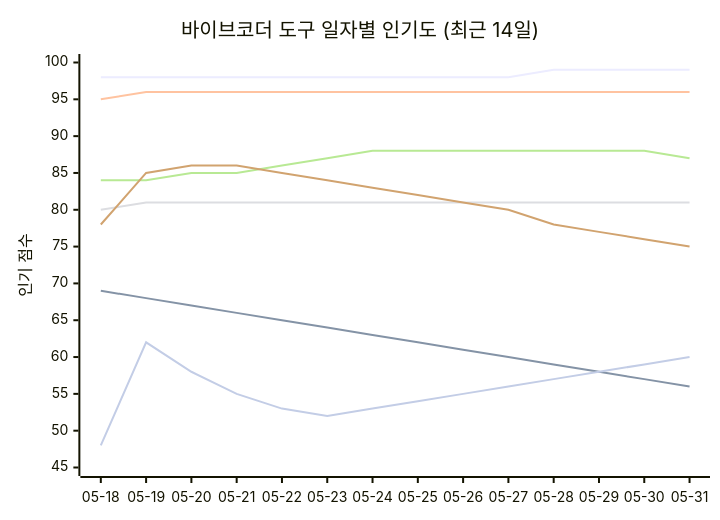
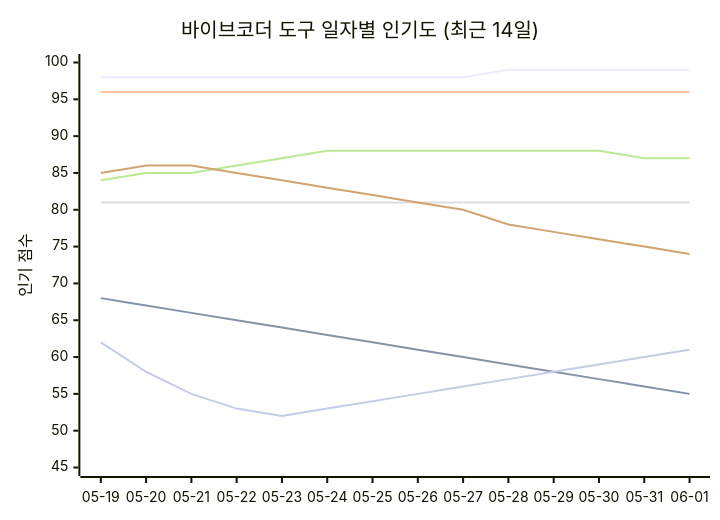
Before and after one commit to tykimos/ai-whatchelin: the seventh of 11 diagrams in README_ko.md, drawn with Mermaid. The commit also changed other lines of this file and 4 other files, not shown here.

````diff
--- a/README_ko.md
+++ b/README_ko.md
@@ -1196,13 +1217,13 @@
 ```mermaid
 xychart-beta
     title "바이브코더 도구 일자별 인기도 (최근 14일)"
-    x-axis ["05-18", "05-19", "05-20", "05-21", "05-22", "05-23", "05-24", "05-25", "05-26", "05-27", "05-28", "05-29", "05-30", "05-31"]
+    x-axis ["05-19", "05-20", "05-21", "05-22", "05-23", "05-24", "05-25", "05-26", "05-27", "05-28", "05-29", "05-30", "05-31", "06-01"]
     y-axis "인기 점수" 45 --> 100
-    line "Claude Code" [98, 98, 98, 98, 98, 98, 98, 98, 98, 98, 99, 99, 99, 99]
-    line "GH Copilot" [69, 68, 67, 66, 65, 64, 63, 62, 61, 60, 59, 58, 57, 56]
-    line "Cursor" [95, 96, 96, 96, 96, 96, 96, 96, 96, 96, 96, 96, 96, 96]
-    line "Windsurf" [80, 81, 81, 81, 81, 81, 81, 81, 81, 81, 81, 81, 81, 81]
-    line "Codex CLI" [84, 84, 85, 85, 86, 87, 88, 88, 88, 88, 88, 88, 88, 87]
-    line "Gemini CLI" [78, 85, 86, 86, 85, 84, 83, 82, 81, 80, 78, 77, 76, 75]
-    line "Antigravity" [48, 62, 58, 55, 53, 52, 53, 54, 55, 56, 57, 58, 59, 60]
+    line "Claude Code" [98, 98, 98, 98, 98, 98, 98, 98, 98, 99, 99, 99, 99, 99]
+    line "GH Copilot" [68, 67, 66, 65, 64, 63, 62, 61, 60, 59, 58, 57, 56, 55]
+    line "Cursor" [96, 96, 96, 96, 96, 96, 96, 96, 96, 96, 96, 96, 96, 96]
+    line "Windsurf" [81, 81, 81, 81, 81, 81, 81, 81, 81, 81, 81, 81, 81, 81]
+    line "Codex CLI" [84, 85, 85, 86, 87, 88, 88, 88, 88, 88, 88, 88, 87, 87]
+    line "Gemini CLI" [85, 86, 86, 85, 84, 83, 82, 81, 80, 78, 77, 76, 75, 74]
+    line "Antigravity" [62, 58, 55, 53, 52, 53, 54, 55, 56, 57, 58, 59, 60, 61]
 ```
````
